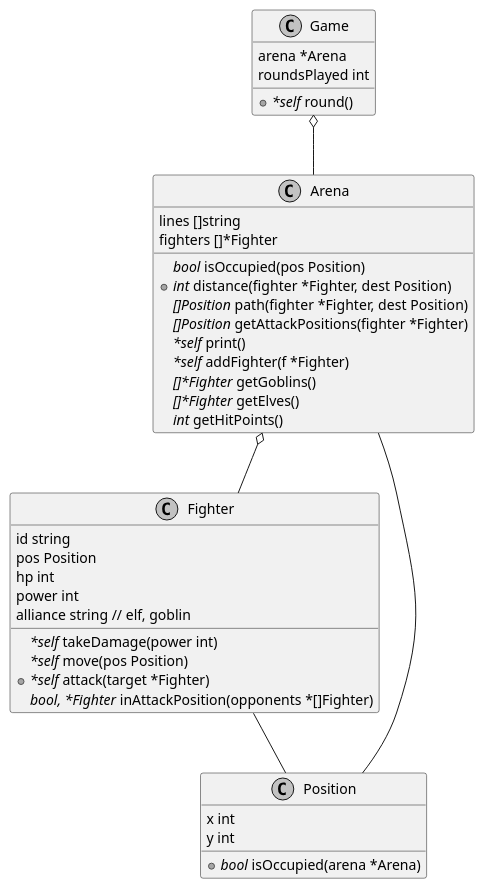
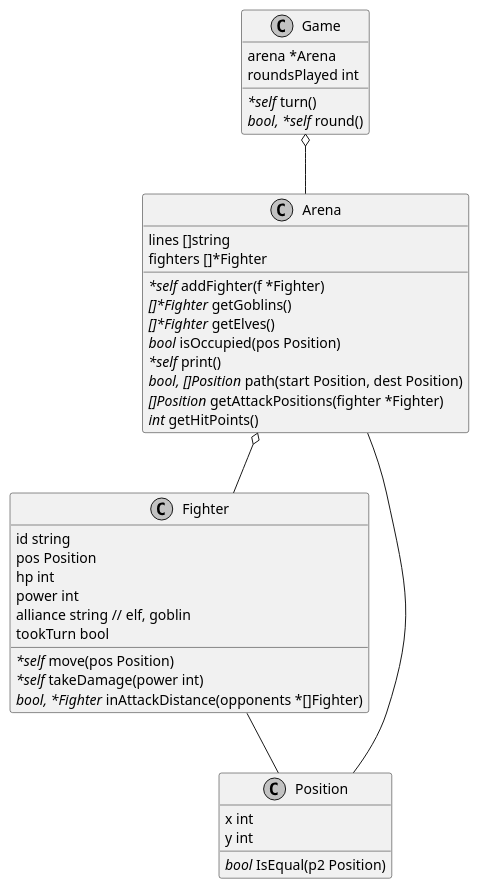
One commit to rdmueller/aoc-2018 changed the diagram in day15/go/anoff/README.adoc. Above: the diagram before and after it, drawn with PlantUML. The commit also changed other lines of this file and 5 other files, not shown here.

```diff
--- a/day15/go/anoff/README.adoc
+++ b/day15/go/anoff/README.adoc
@@ -10,50 +10,50 @@
 [plantuml, day15-class, png]
 ....
 @startuml
 skinparam defaulttextalignment center
 skinparam monochrome true
 skinparam shadowing false
 class Arena {
   lines []string
   fighters []*Fighter
-  //bool// isOccupied(pos Position)
-  +//int// distance(fighter *Fighter, dest Position)
-  //[]Position// path(fighter *Fighter, dest Position)
-  //[]Position// getAttackPositions(fighter *Fighter)
-  //*self// print()
   //*self// addFighter(f *Fighter)
   //[]*Fighter// getGoblins()
   //[]*Fighter// getElves()
+  //bool// isOccupied(pos Position)
+  //*self// print()
+  //bool, []Position// path(start Position, dest Position)
+  //[]Position// getAttackPositions(fighter *Fighter)
   //int// getHitPoints()
 }
 
 class Fighter {
 	id string
 	pos Position
 	hp int
 	power int
   alliance string // elf, goblin
+  tookTurn bool
+  //*self// move(pos Position)
   //*self// takeDamage(power int)
-  //*self// move(pos Position)
-  +//*self// attack(target *Fighter)
-  //bool, *Fighter// inAttackPosition(opponents *[]Fighter)
+  //bool, *Fighter// inAttackDistance(opponents *[]Fighter)
 }
 
 class Position {
   x int
   y int
-  +//bool// isOccupied(arena *Arena)
+  //bool// IsEqual(p2 Position)
 }
 
 class Game {
   arena *Arena
   roundsPlayed int
-  +//*self// round()
+  //*self// turn()
+  //bool, *self// round()
 }
 
 Game o-- Arena
 Arena o-- Fighter
 Fighter -- Position
 Arena -- Position
 @enduml
 ....
```
